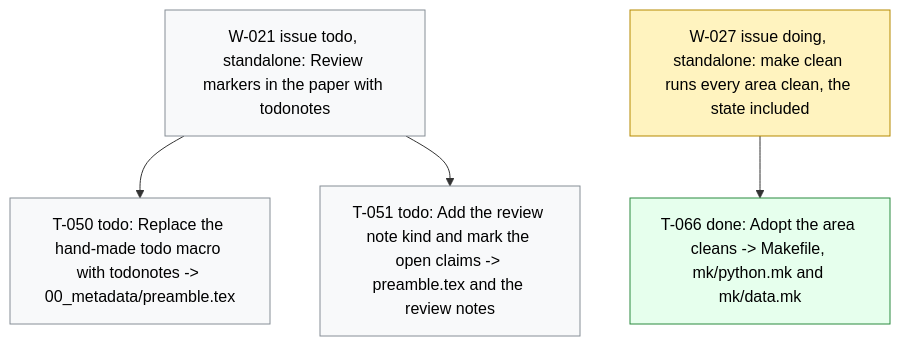
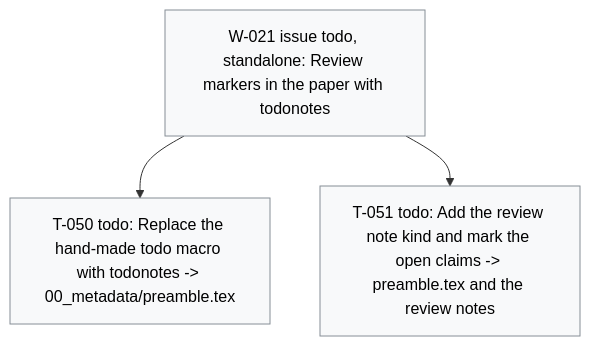
One commit to dpopchev/surrogate-models changed the diagram in .board/BOARD.md. Above: the diagram before and after it, drawn with Mermaid. The commit also changed other lines of this file and 3 other files, not shown here.

````diff
--- a/.board/BOARD.md
+++ b/.board/BOARD.md
@@ -177,16 +179,12 @@
 ```mermaid
 flowchart TD
   W021["W-021 issue todo, standalone: Review markers in the paper with todonotes"]
   W021 --> T050["T-050 todo: Replace the hand-made todo macro with todonotes -> 00_metadata/preamble.tex"]
   W021 --> T051["T-051 todo: Add the review note kind and mark the open claims -> preamble.tex and the review notes"]
-  W027["W-027 issue doing, standalone: make clean runs every area clean, the state included"]
-  W027 --> T066["T-066 done: Adopt the area cleans -> Makefile, mk/python.mk and mk/data.mk"]
   classDef doing fill:#fff3bf,stroke:#b58900,color:#000;
   classDef blocked fill:#ffe3e3,stroke:#c92a2a,color:#000;
   classDef done fill:#e6ffed,stroke:#2b8a3e,color:#000;
   classDef todo fill:#f8f9fa,stroke:#868e96,color:#000;
   classDef pruned fill:#f1f3f5,stroke:#adb5bd,color:#000;
-  class W027 doing
-  class T066 done
   class W021,T050,T051 todo
 ```
````
